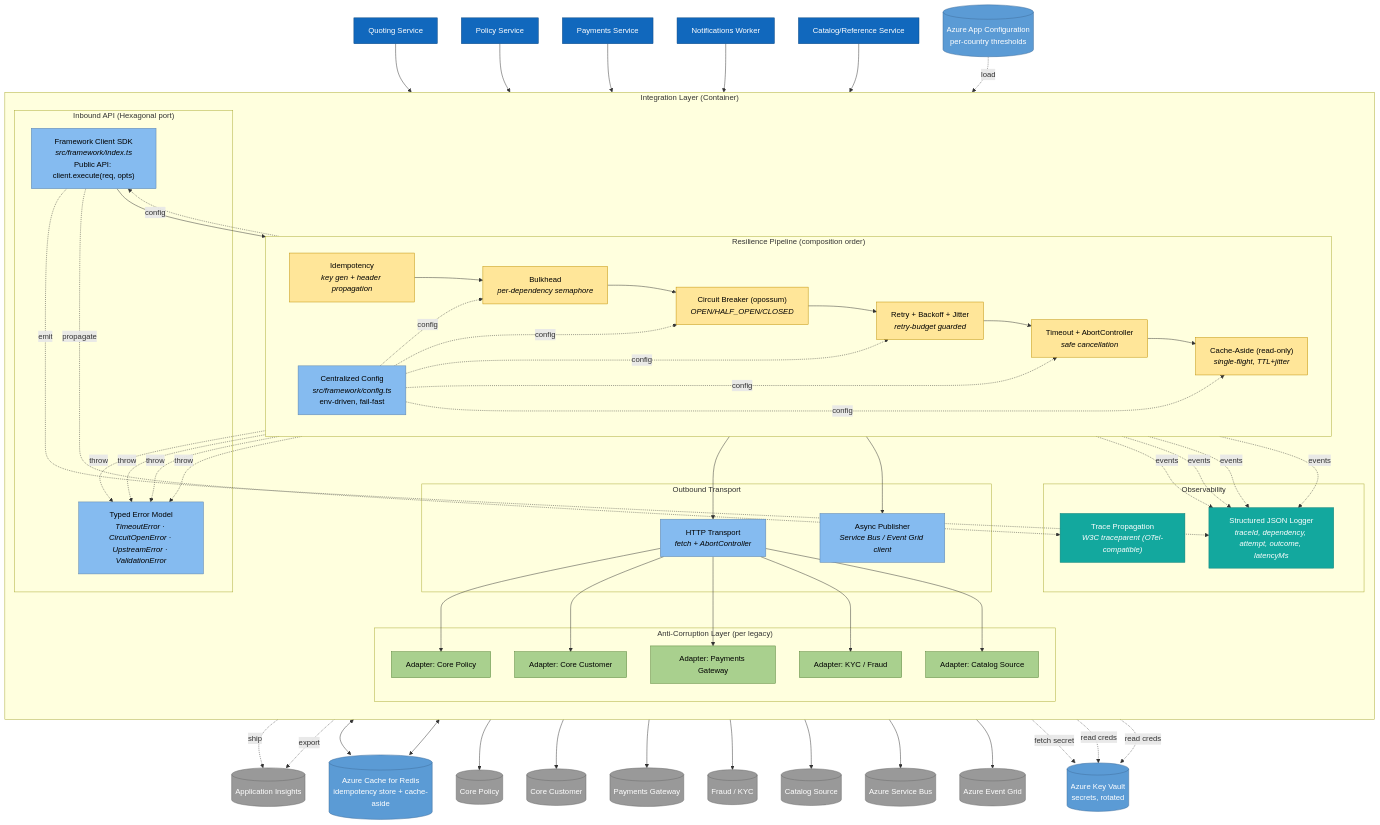
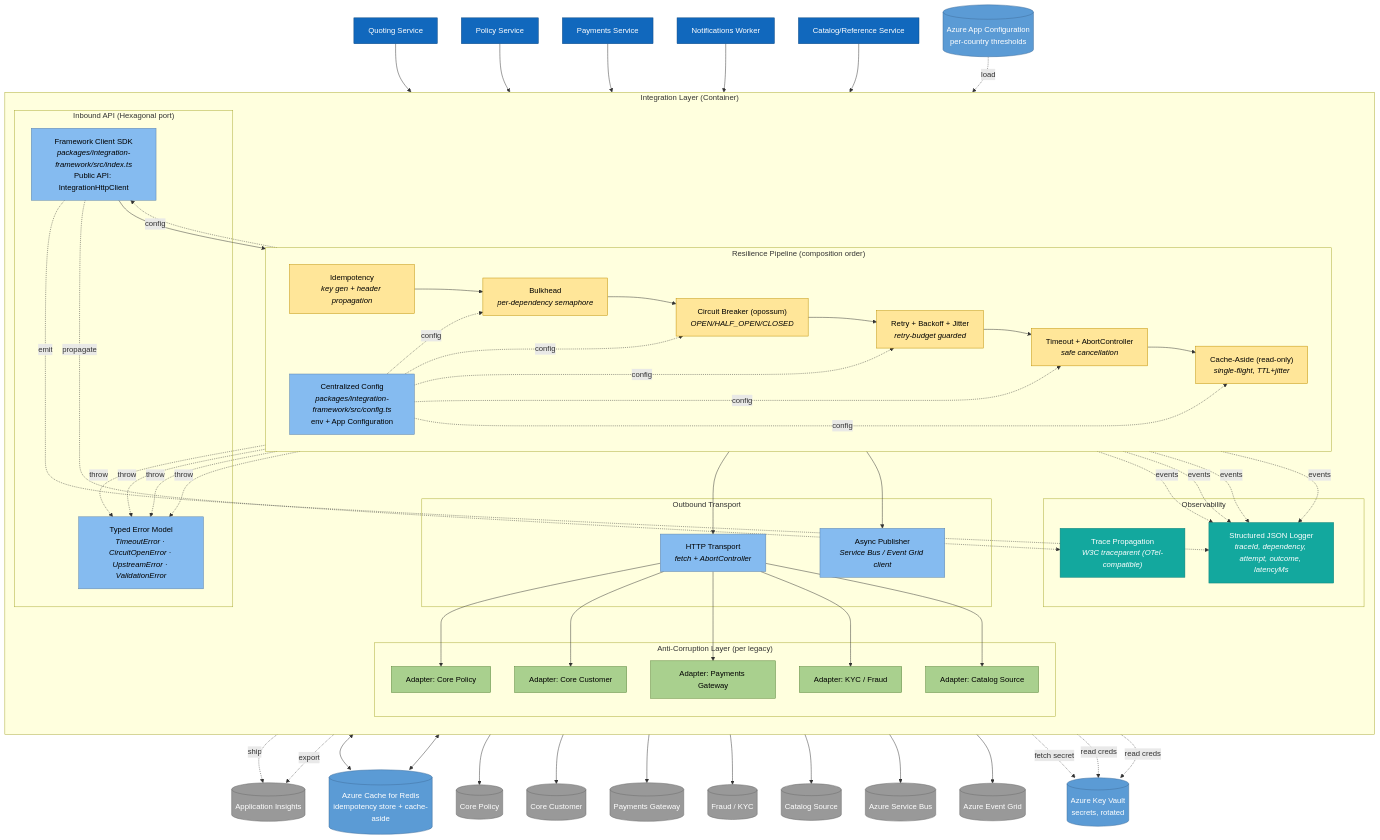
Before and after one commit to rubendario2110/Assessment-Sura-tech: the diagram in docs/c4-component-integration-layer.mmd, drawn with Mermaid. The commit also changed 103 other files, not shown here.

```diff
--- a/docs/c4-component-integration-layer.mmd
+++ b/docs/c4-component-integration-layer.mmd
@@ -1,147 +1,147 @@
 %% C4 - Component (Level 3)
 %% Container in focus: Integration Layer
 %% Hexagonal/Clean inside; resilience controls explicit per component.
 
 flowchart TB
     classDef inbound fill:#1168BD,stroke:#0B4884,color:#ffffff
     classDef component fill:#85BBF0,stroke:#5D82A8,color:#000000
     classDef policy fill:#FFE699,stroke:#BF8F00,color:#000000
     classDef adapter fill:#A9D08E,stroke:#548235,color:#000000
     classDef datastore fill:#5B9BD5,stroke:#3F6F9C,color:#ffffff
     classDef external fill:#999999,stroke:#6B6B6B,color:#ffffff
     classDef ops fill:#13A89E,stroke:#0E7F77,color:#ffffff
 
     %% Callers (other containers)
     quoting["Quoting Service"]:::inbound
     policy["Policy Service"]:::inbound
     payments["Payments Service"]:::inbound
     notify["Notifications Worker"]:::inbound
     catalog["Catalog/Reference Service"]:::inbound
 
     subgraph INTEG["Integration Layer (Container)"]
         direction TB
 
         subgraph API["Inbound API (Hexagonal port)"]
-            sdk["Framework Client SDK<br/><i>src/framework/index.ts</i><br/>Public API: client.execute(req, opts)"]:::component
+            sdk["Framework Client SDK<br/><i>packages/integration-framework/src/index.ts</i><br/>Public API: IntegrationHttpClient"]:::component
             errors["Typed Error Model<br/><i>TimeoutError · CircuitOpenError · UpstreamError · ValidationError</i>"]:::component
         end
 
         subgraph CORE["Resilience Pipeline (composition order)"]
             direction LR
-            cfg["Centralized Config<br/><i>src/framework/config.ts</i><br/>env-driven, fail-fast"]:::component
+            cfg["Centralized Config<br/><i>packages/integration-framework/src/config.ts</i><br/>env + App Configuration"]:::component
             idemp["Idempotency<br/><i>key gen + header propagation</i>"]:::policy
             bulk["Bulkhead<br/><i>per-dependency semaphore</i>"]:::policy
             cb["Circuit Breaker (opossum)<br/><i>OPEN/HALF_OPEN/CLOSED</i>"]:::policy
             retry["Retry + Backoff + Jitter<br/><i>retry-budget guarded</i>"]:::policy
             tmo["Timeout + AbortController<br/><i>safe cancellation</i>"]:::policy
             cache["Cache-Aside (read-only)<br/><i>single-flight, TTL+jitter</i>"]:::policy
         end
 
         subgraph OBS["Observability"]
             log["Structured JSON Logger<br/><i>traceId, dependency, attempt, outcome, latencyMs</i>"]:::ops
             trc["Trace Propagation<br/><i>W3C traceparent (OTel-compatible)</i>"]:::ops
         end
 
         subgraph TRANS["Outbound Transport"]
             http["HTTP Transport<br/><i>fetch + AbortController</i>"]:::component
             msg["Async Publisher<br/><i>Service Bus / Event Grid client</i>"]:::component
         end
 
         subgraph ACL["Anti-Corruption Layer (per legacy)"]
             adptCoreP["Adapter: Core Policy"]:::adapter
             adptCoreC["Adapter: Core Customer"]:::adapter
             adptPay["Adapter: Payments Gateway"]:::adapter
             adptKyc["Adapter: KYC / Fraud"]:::adapter
             adptCat["Adapter: Catalog Source"]:::adapter
         end
     end
 
     %% Stateful supports
     redis[("Azure Cache for Redis<br/>idempotency store + cache-aside")]:::datastore
     kv[("Azure Key Vault<br/>secrets, rotated")]:::datastore
     appcfg[("Azure App Configuration<br/>per-country thresholds")]:::datastore
 
     %% Externals
     coreP[("Core Policy")]:::external
     coreC[("Core Customer")]:::external
     payGw[("Payments Gateway")]:::external
     kyc[("Fraud / KYC")]:::external
     catSrc[("Catalog Source")]:::external
     sb[("Azure Service Bus")]:::external
     eg[("Azure Event Grid")]:::external
     appi[("Application Insights")]:::external
 
     %% Caller dependency on SDK
     quoting --> sdk
     policy --> sdk
     payments --> sdk
     notify --> sdk
     catalog --> sdk
 
     %% Composition pipeline (each call goes through these in order)
     sdk --> idemp
     idemp --> bulk
     bulk --> cb
     cb --> retry
     retry --> tmo
     tmo --> cache
     cache --> http
     cache --> msg
 
     %% Cross-cutting configuration
     cfg -. config .-> sdk
     cfg -. config .-> cb
     cfg -. config .-> retry
     cfg -. config .-> tmo
     cfg -. config .-> bulk
     cfg -. config .-> cache
     appcfg -. load .-> cfg
 
     %% Observability cross-cutting
     sdk -. emit .-> log
     sdk -. propagate .-> trc
     cb -. events .-> log
     retry -. events .-> log
     tmo -. events .-> log
     bulk -. events .-> log
     log -. ship .-> appi
     trc -. export .-> appi
 
     %% Idempotency + cache backed by Redis
     idemp <--> redis
     cache <--> redis
 
     %% Errors surface back to SDK
     tmo -. throw .-> errors
     cb -. throw .-> errors
     retry -. throw .-> errors
     bulk -. throw .-> errors
 
     %% Transport to ACLs to externals
     http --> adptCoreP
     http --> adptCoreC
     http --> adptPay
     http --> adptKyc
     http --> adptCat
     adptCoreP --> coreP
     adptCoreC --> coreC
     adptPay --> payGw
     adptKyc --> kyc
     adptCat --> catSrc
     msg --> sb
     msg --> eg
 
     %% Secrets
     sdk -. fetch secret .-> kv
     adptPay -. read creds .-> kv
     adptKyc -. read creds .-> kv
 
     %% NFR mapping (commentary):
     %%   Timeout (tmo)        -> prevents hangs (NFR-Latency-Bound)
     %%   Retry (retry)        -> absorbs transient failures (NFR-Transient-Tolerance)
     %%   Circuit Breaker (cb) -> isolates failing dependencies (NFR-Isolation, opossum)
     %%   Bulkhead (bulk)      -> per-dependency concurrency cap (NFR-Resource-Isolation)
     %%   Idempotency (idemp)  -> at-most-once mutations (NFR-Mutation-Safety)
     %%   Cache (cache)        -> low-latency hot reads (NFR-Read-Latency)
     %%   Logger (log)         -> JSON, no PII (NFR-Triage)
     %%   Tracing (trc)        -> end-to-end correlation (NFR-Correlation)
```
